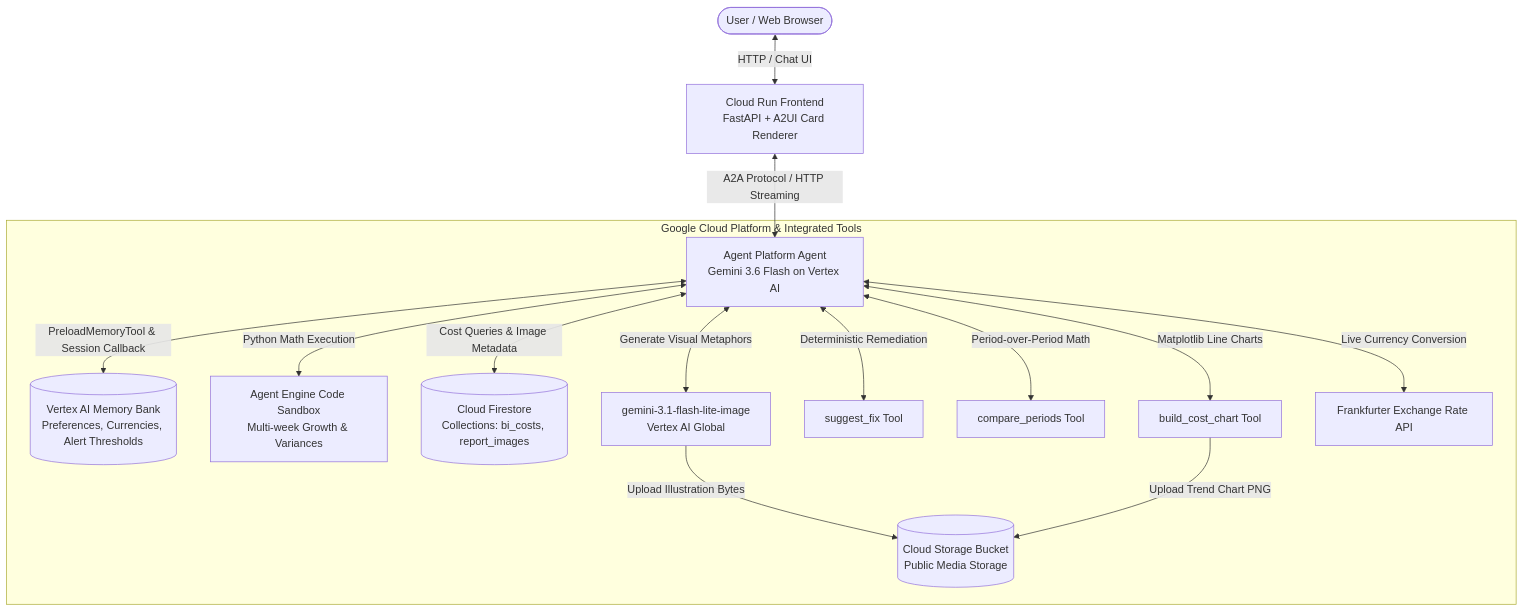
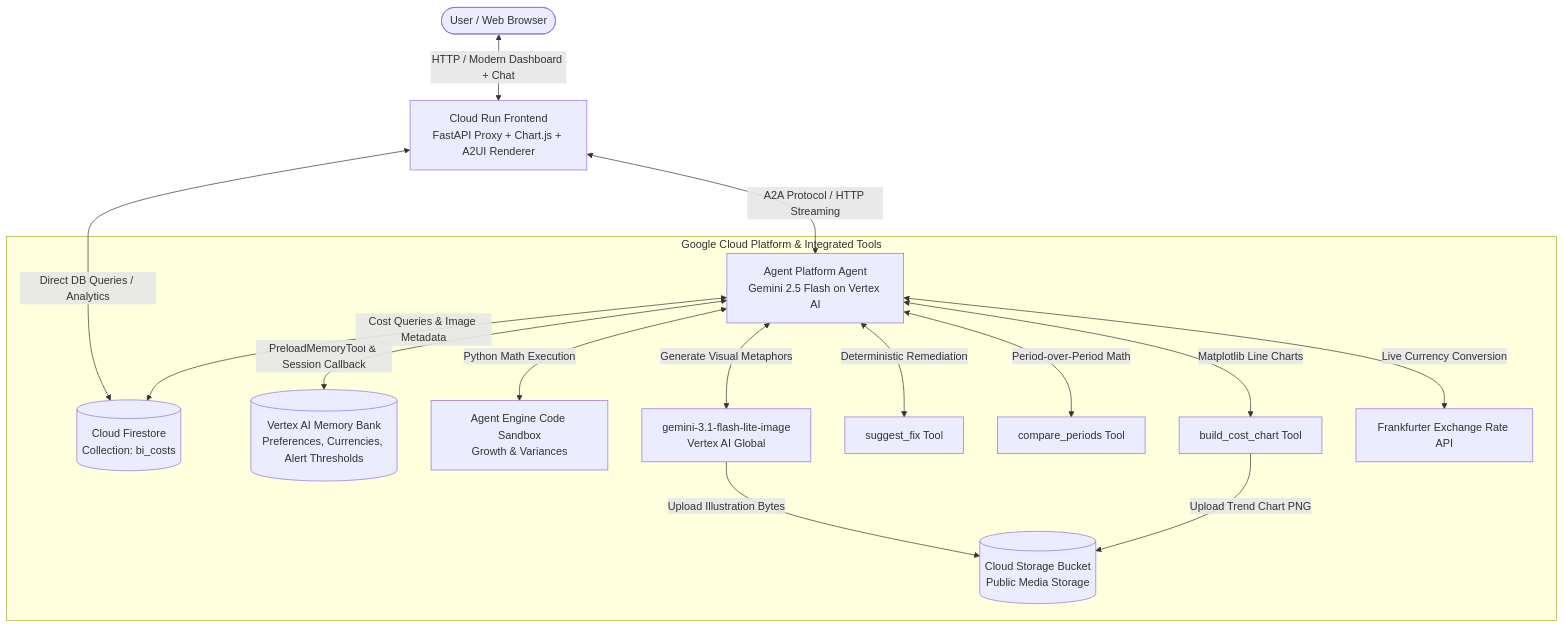
One commit to stankovicst/buildwithgemini-bi-cost-explainer changed the diagram in README.md. Above: the diagram before and after it, drawn with Mermaid. The commit also changed other lines of this file and 5 other files, not shown here.

Commit message:
feat: redesign frontend as modern BI cost dashboard and deploy to Cloud Run

````diff
--- a/README.md
+++ b/README.md
@@ -50,18 +89,19 @@
 ```mermaid
 graph TD
-    User([User / Web Browser]) <-->|HTTP / Chat UI| Frontend[Cloud Run Frontend<br/>FastAPI + A2UI Card Renderer]
-    Frontend <-->|A2A Protocol / HTTP Streaming| Agent[Agent Platform Agent<br/>Gemini 3.6 Flash on Vertex AI]
+    User([User / Web Browser]) <-->|HTTP / Modern Dashboard + Chat| Frontend[Cloud Run Frontend<br/>FastAPI Proxy + Chart.js + A2UI Renderer]
+    Frontend <-->|Direct DB Queries / Analytics| Firestore[(Cloud Firestore<br/>Collection: bi_costs)]
+    Frontend <-->|A2A Protocol / HTTP Streaming| Agent[Agent Platform Agent<br/>Gemini 2.5 Flash on Vertex AI]
 
     subgraph Google Cloud Platform & Integrated Tools
         Agent <-->|PreloadMemoryTool & Session Callback| MemoryBank[(Vertex AI Memory Bank<br/>Preferences, Currencies, Alert Thresholds)]
-        Agent <-->|Python Math Execution| Sandbox[Agent Engine Code Sandbox<br/>Multi-week Growth & Variances]
-        Agent <-->|Cost Queries & Image Metadata| Firestore[(Cloud Firestore<br/>Collections: bi_costs, report_images)]
+        Agent <-->|Python Math Execution| Sandbox[Agent Engine Code Sandbox<br/>Growth & Variances]
+        Agent <-->|Cost Queries & Image Metadata| Firestore
         Agent <-->|Generate Visual Metaphors| ImageGen[gemini-3.1-flash-lite-image<br/>Vertex AI Global]
         ImageGen -->|Upload Illustration Bytes| GCS[(Cloud Storage Bucket<br/>Public Media Storage)]
         Agent <-->|Deterministic Remediation| Rules[suggest_fix Tool]
         Agent <-->|Period-over-Period Math| Compare[compare_periods Tool]
         Agent <-->|Matplotlib Line Charts| ChartTool[build_cost_chart Tool]
         ChartTool -->|Upload Trend Chart PNG| GCS
         Agent <-->|Live Currency Conversion| FXAPI[Frankfurter Exchange Rate API]
     end
 ```
````
